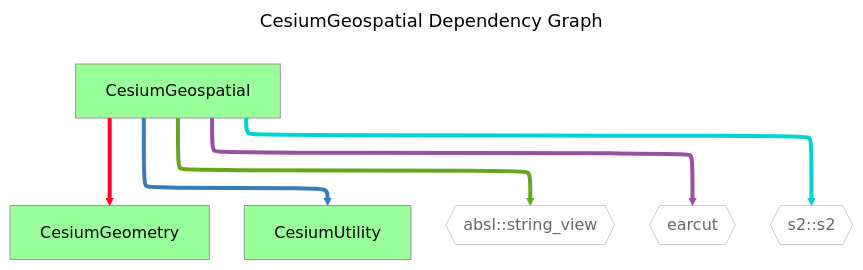
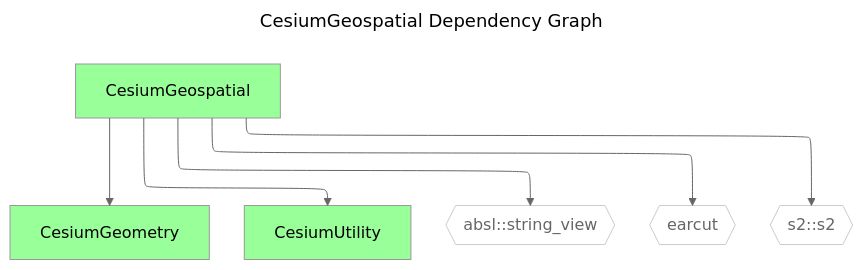
One commit to CesiumGS/cesium-native changed the diagram in doc/diagrams/dependencies/CesiumGeospatial.mmd. Above: the diagram before and after it, drawn with Mermaid (neutral theme). The commit also changed 19 other files, not shown here.

Commit message:
README formatting, no colors for target dependency graphs

```diff
--- a/doc/diagrams/dependencies/CesiumGeospatial.mmd
+++ b/doc/diagrams/dependencies/CesiumGeospatial.mmd
@@ -1,20 +1,15 @@
 ---
 config:
   layout: elk
 title: CesiumGeospatial Dependency Graph
 ---
 graph TD
   classDef dependencyNode fill:#fff,stroke:#ccc,color:#666
   classDef libraryNode fill:#9f9
   CesiumGeospatial[CesiumGeospatial] --> CesiumGeometry[CesiumGeometry]
   CesiumGeospatial[CesiumGeospatial] --> CesiumUtility[CesiumUtility]
   CesiumGeospatial[CesiumGeospatial] --> absl_string_view{{absl::string_view}}
   CesiumGeospatial[CesiumGeospatial] --> earcut{{earcut}}
   CesiumGeospatial[CesiumGeospatial] --> s2_s2{{s2::s2}}
   class absl_string_view,earcut,s2_s2 dependencyNode
   class CesiumGeometry,CesiumUtility,CesiumGeospatial libraryNode
-  linkStyle 0 stroke:#ff0029,stroke-width:4px
-  linkStyle 1 stroke:#377eb8,stroke-width:4px
-  linkStyle 2 stroke:#66a61e,stroke-width:4px
-  linkStyle 3 stroke:#984ea3,stroke-width:4px
-  linkStyle 4 stroke:#00d2d5,stroke-width:4px
```
